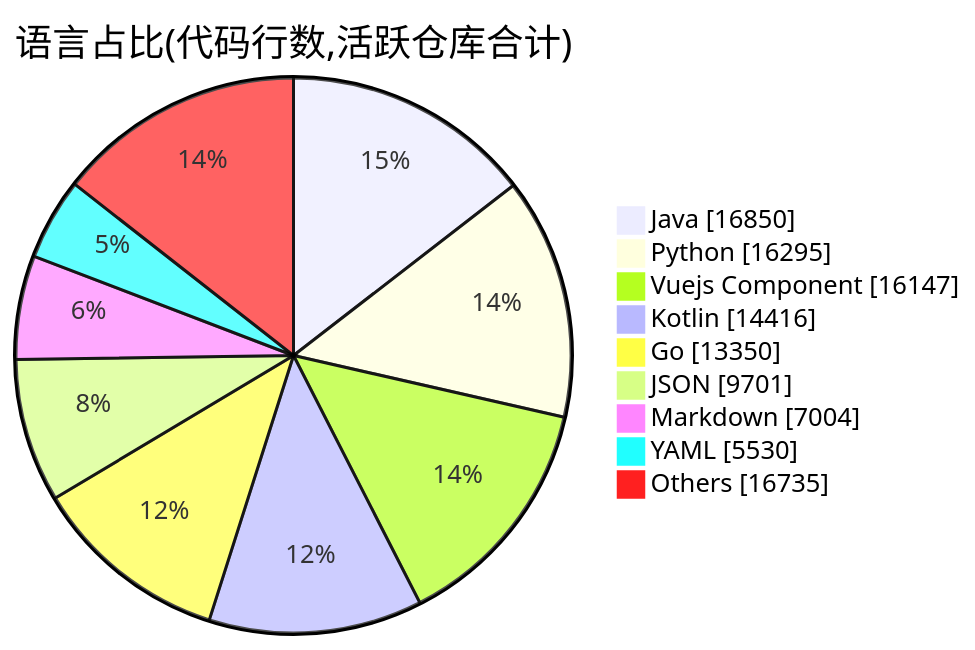
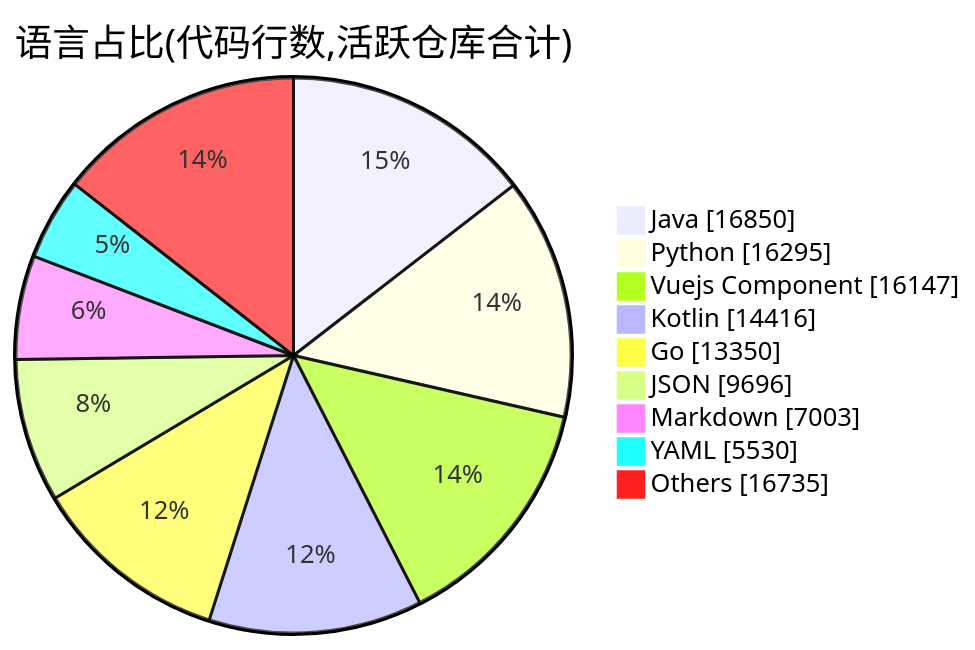
One commit to Conflux-Union/.github changed the second of 2 diagrams in profile/README.md. Above: the diagram before and after it, drawn with Mermaid. The commit also changed other lines of this file and 1 other file, not shown here.

````diff
--- a/profile/README.md
+++ b/profile/README.md
@@ -77,13 +77,13 @@
 ```mermaid
 pie showData
     title 语言占比(代码行数,活跃仓库合计)
     "Java" : 16850
     "Python" : 16295
     "Vuejs Component" : 16147
     "Kotlin" : 14416
     "Go" : 13350
-    "JSON" : 9701
-    "Markdown" : 7004
+    "JSON" : 9696
+    "Markdown" : 7003
     "YAML" : 5530
     "Others" : 16735
 ```
````
